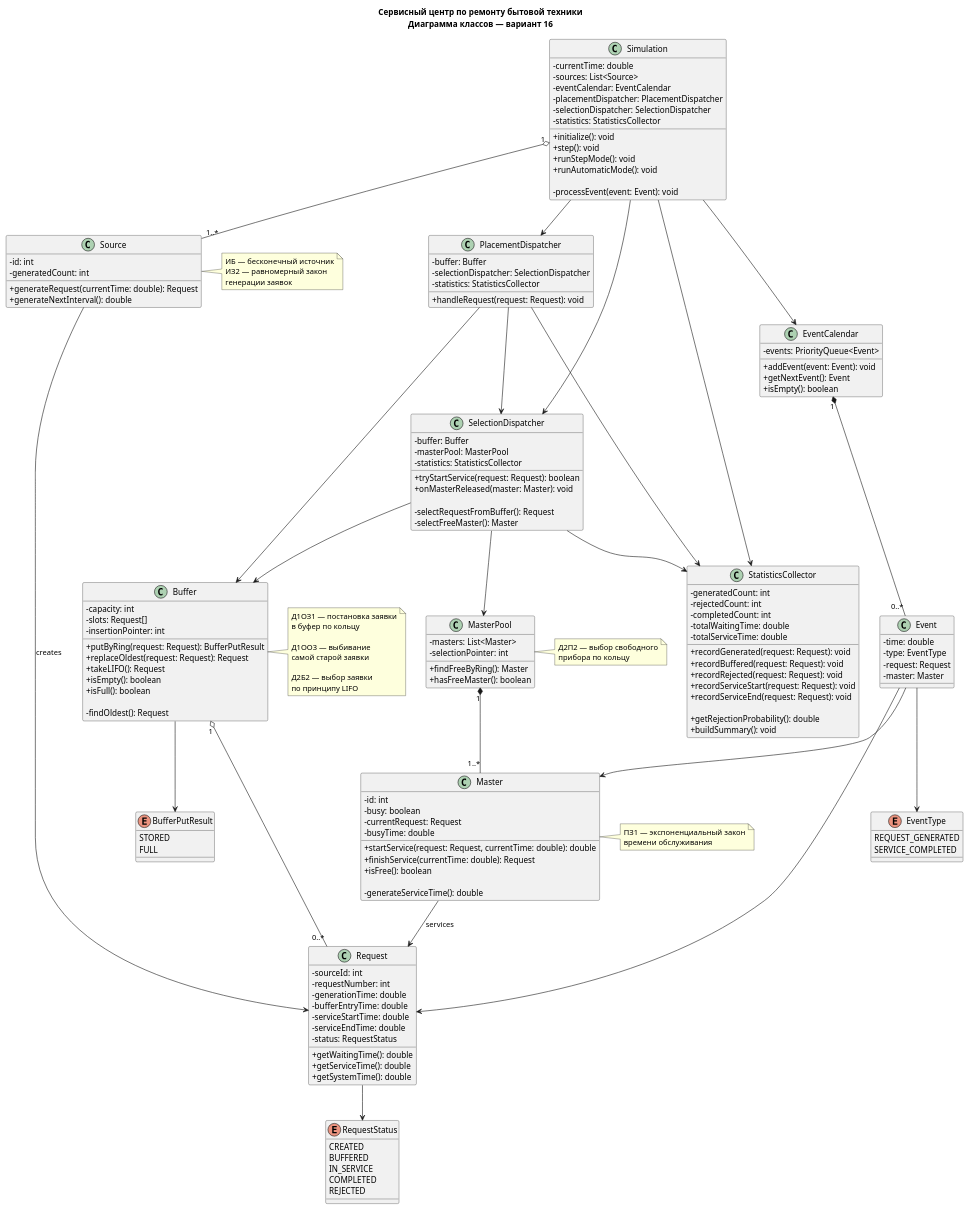
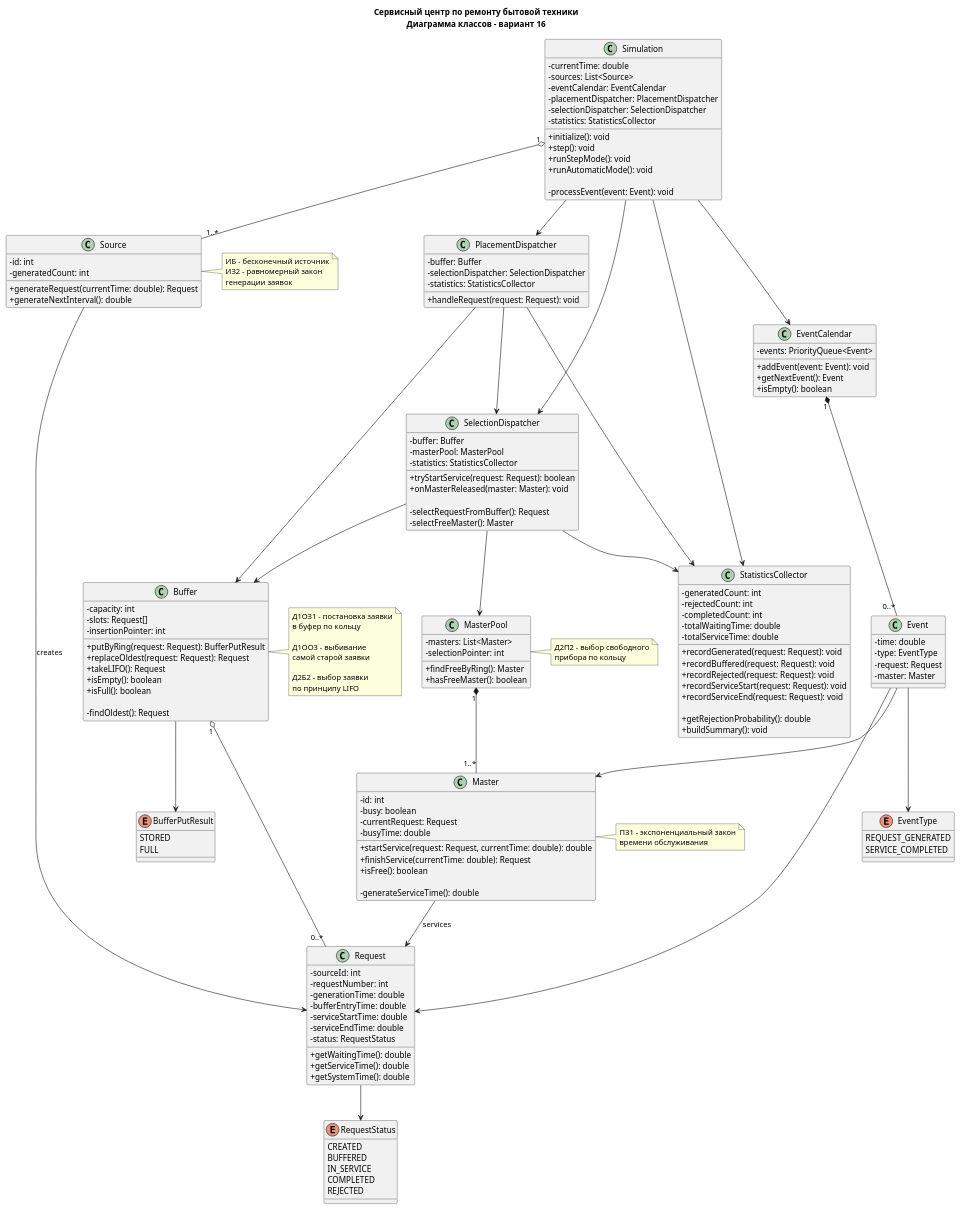
The diagram in docs/diagrams/class/class-diagram.puml (aishasanatbekovabishkek/aps-sanatbekova), drawn with PlantUML before and after one commit.

Commit message:
Replace long dashes in class diagram

```diff
--- a/docs/diagrams/class/class-diagram.puml
+++ b/docs/diagrams/class/class-diagram.puml
@@ -1,6 +1,6 @@
 @startuml
 
-title Сервисный центр по ремонту бытовой техники\nДиаграмма классов — вариант 16
+title Сервисный центр по ремонту бытовой техники\nДиаграмма классов - вариант 16
 
 skinparam classAttributeIconSize 0
 
@@ -13,8 +13,8 @@
 }
 
 note right of Source
-ИБ — бесконечный источник
-ИЗ2 — равномерный закон
+ИБ - бесконечный источник
+ИЗ2 - равномерный закон
 генерации заявок
 end note
 
@@ -63,13 +63,13 @@
 }
 
 note right of Buffer
-Д1ОЗ1 — постановка заявки
+Д1ОЗ1 - постановка заявки
 в буфер по кольцу
 
-Д1ОО3 — выбивание
+Д1ОО3 - выбивание
 самой старой заявки
 
-Д2Б2 — выбор заявки
+Д2Б2 - выбор заявки
 по принципу LIFO
 end note
 
@@ -99,7 +99,7 @@
 }
 
 note right of MasterPool
-Д2П2 — выбор свободного
+Д2П2 - выбор свободного
 прибора по кольцу
 end note
 
@@ -117,7 +117,7 @@
 }
 
 note right of Master
-ПЗ1 — экспоненциальный закон
+ПЗ1 - экспоненциальный закон
 времени обслуживания
 end note
 
```
